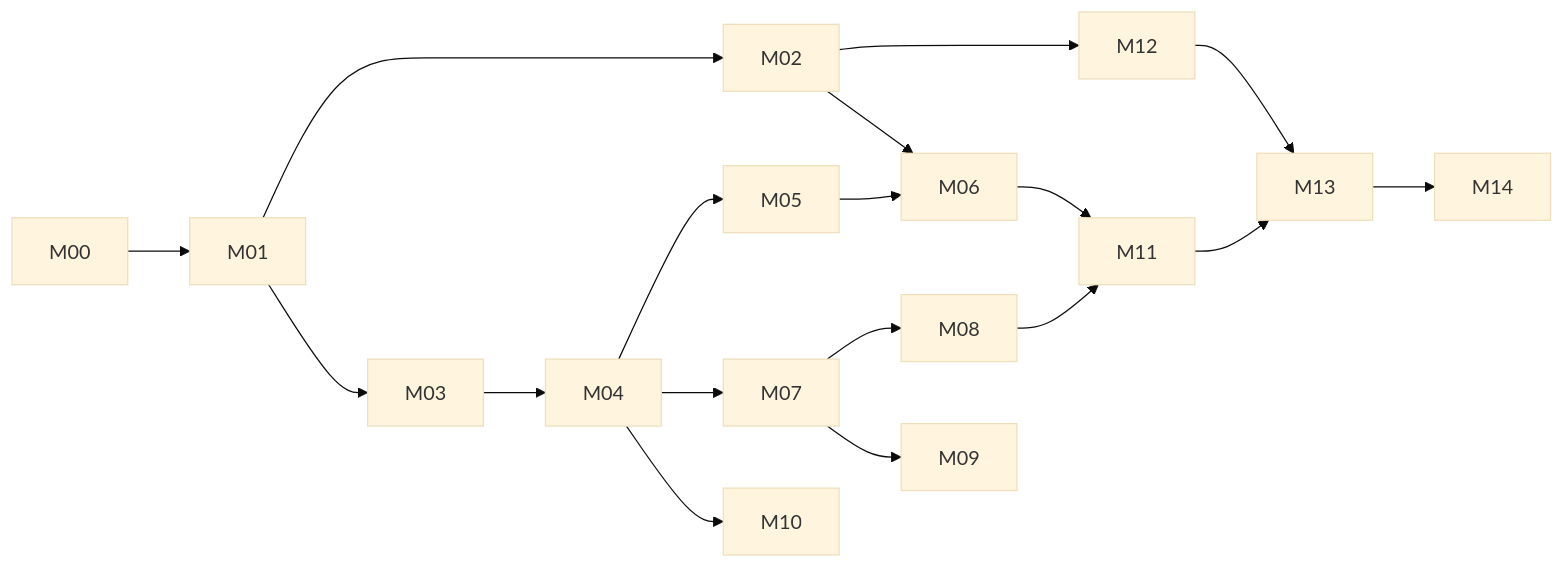
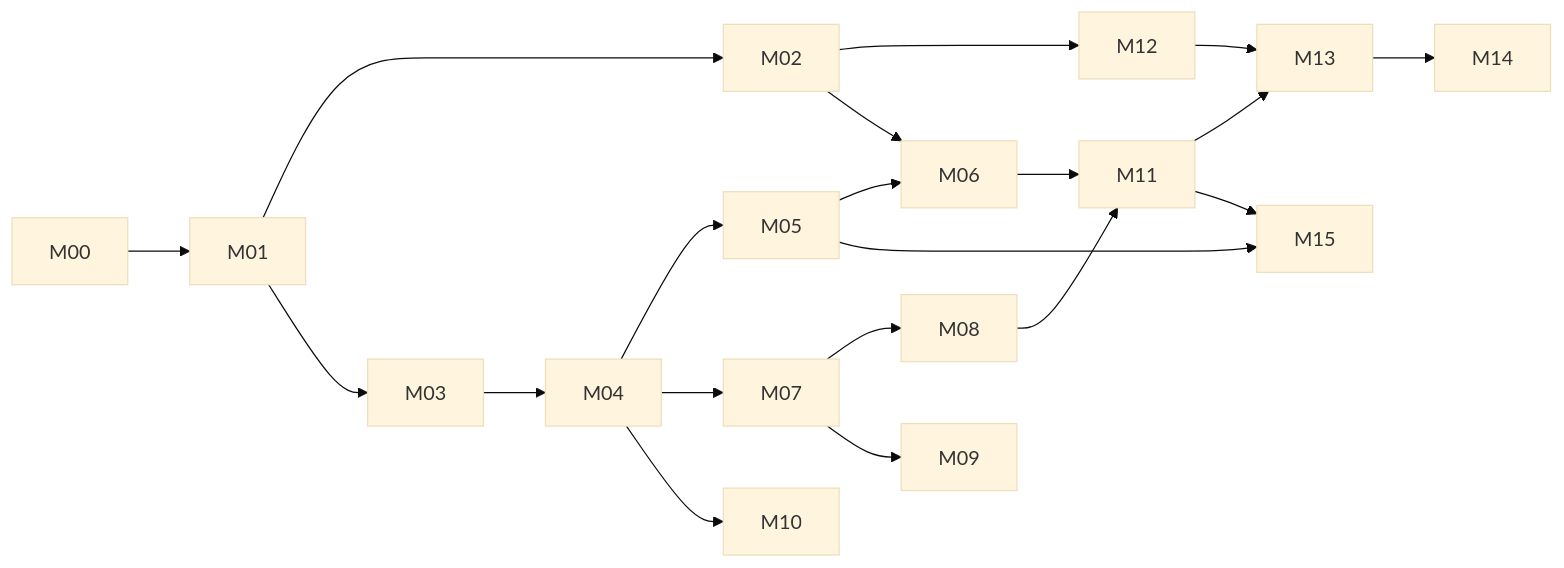
The diagram in docs/README.md (bimurto/file-term), drawn with Mermaid (base theme) before and after one commit. The commit also changed other lines of this file and 1 other file, not shown here.

````diff
--- a/docs/README.md
+++ b/docs/README.md
@@ -35,14 +38,16 @@
 ```mermaid
 flowchart LR
   M00 --> M01 --> M02 --> M12
   M01 --> M03 --> M04
   M04 --> M05 --> M06
   M02 --> M06
   M06 --> M11
   M04 --> M07 --> M08 --> M11
   M07 --> M09
   M04 --> M10
   M11 --> M13
   M12 --> M13
   M13 --> M14
+  M05 --> M15
+  M11 --> M15
 ```
````
